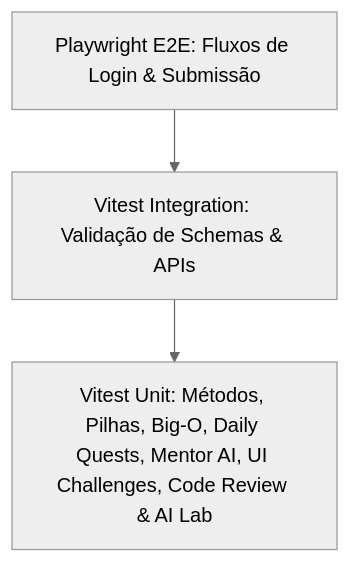
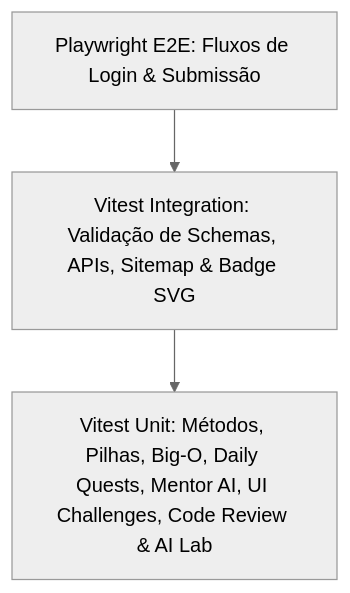
One commit to Henrique1601/DevQuest- changed the diagram in Cerebro_Dev_quest/05 - DevOps, Testes & Operação/05.1 - Estratégia de Testes Automatizados (Vitest & Playwright).md. Above: the diagram before and after it, drawn with Mermaid (neutral theme). The commit also changed other lines of this file and 10 other files, not shown here.

Commit message:
feat: add dynamic sitemap, robots.txt, schema.org json-ld, custom 404, error boundary, and dynamic github svg badge api

````diff
--- a/Cerebro_Dev_quest/05 - DevOps, Testes & Operação/05.1 - Estratégia de Testes Automatizados (Vitest & Playwright).md
+++ b/Cerebro_Dev_quest/05 - DevOps, Testes & Operação/05.1 - Estratégia de Testes Automatizados (Vitest & Playwright).md
@@ -25,9 +25,9 @@
 ```mermaid
 graph TD
     E2E["Playwright E2E: Fluxos de Login & Submissão"]
-    Integ["Vitest Integration: Validação de Schemas & APIs"]
+    Integ["Vitest Integration: Validação de Schemas, APIs, Sitemap & Badge SVG"]
     Unit["Vitest Unit: Métodos, Pilhas, Big-O, Daily Quests, Mentor AI, UI Challenges, Code Review & AI Lab"]
 
     E2E --> Integ
     Integ --> Unit
 ```
````
